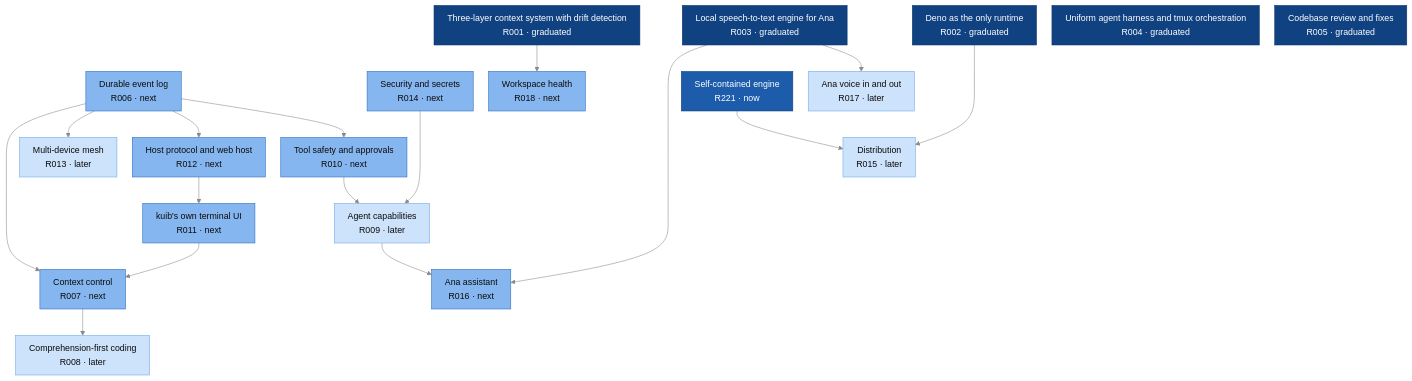
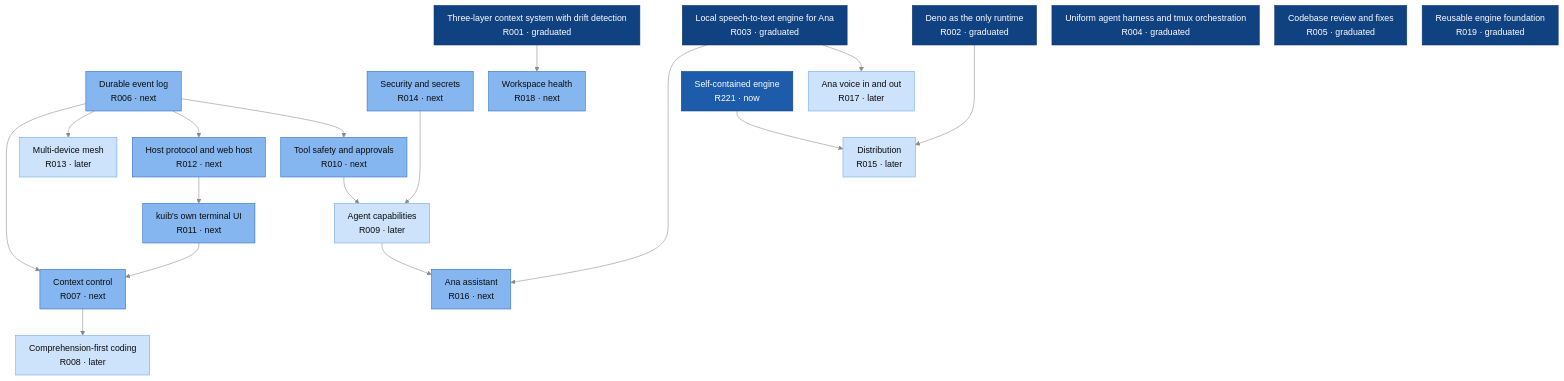
The diagram in journal/roadmap/ROADMAP.md (kuib-ai/kuib), drawn with Mermaid before and after one commit. The commit also changed other lines of this file and 152 other files, not shown here.

````diff
--- a/journal/roadmap/ROADMAP.md
+++ b/journal/roadmap/ROADMAP.md
@@ -47,55 +48,56 @@
 ```mermaid
 ---
 config:
   theme: base
   themeVariables:
     lineColor: "#8a8984"
   flowchart:
     curve: basis
     padding: 12
     nodeSpacing: 28
     rankSpacing: 48
     wrappingWidth: 400
 ---
 flowchart TB
   R001["Three-layer context system with drift detection<br/>R001 · graduated"]:::graduated
   R002["Deno as the only runtime<br/>R002 · graduated"]:::graduated
   R003["Local speech-to-text engine for Ana<br/>R003 · graduated"]:::graduated
   R004["Uniform agent harness and tmux orchestration<br/>R004 · graduated"]:::graduated
   R005["Codebase review and fixes<br/>R005 · graduated"]:::graduated
+  R019["Reusable engine foundation<br/>R019 · graduated"]:::graduated
   R006["Durable event log<br/>R006 · next"]:::next
   R014["Security and secrets<br/>R014 · next"]:::next
   R017["Ana voice in and out<br/>R017 · later"]:::later
   R018["Workspace health<br/>R018 · next"]:::next
   R221["Self-contained engine<br/>R221 · now"]:::now
   R010["Tool safety and approvals<br/>R010 · next"]:::next
   R012["Host protocol and web host<br/>R012 · next"]:::next
   R013["Multi-device mesh<br/>R013 · later"]:::later
   R015["Distribution<br/>R015 · later"]:::later
   R009["Agent capabilities<br/>R009 · later"]:::later
   R011["kuib's own terminal UI<br/>R011 · next"]:::next
   R007["Context control<br/>R007 · next"]:::next
   R016["Ana assistant<br/>R016 · next"]:::next
   R008["Comprehension-first coding<br/>R008 · later"]:::later
   R003 --> R017
   R001 --> R018
   R006 --> R010
   R006 --> R012
   R006 --> R013
   R002 ---> R015
   R221 --> R015
   R010 --> R009
   R014 ---> R009
   R012 --> R011
   R006 ----> R007
   R011 --> R007
   R003 -----> R016
   R009 --> R016
   R007 --> R008
   classDef shipped fill:#f0efec,stroke:#a3a29c,color:#52514e
   classDef graduated fill:#104281,stroke:#0d366b,color:#ffffff
   classDef now fill:#1c5cab,stroke:#104281,color:#ffffff
   classDef next fill:#86b6ef,stroke:#256abf,color:#0b0b0b
   classDef later fill:#cde2fb,stroke:#6da7ec,color:#0b0b0b
   classDef maybe fill:#fcfcfb,stroke:#86b6ef,color:#52514e,stroke-dasharray:4 3
 ```
````
